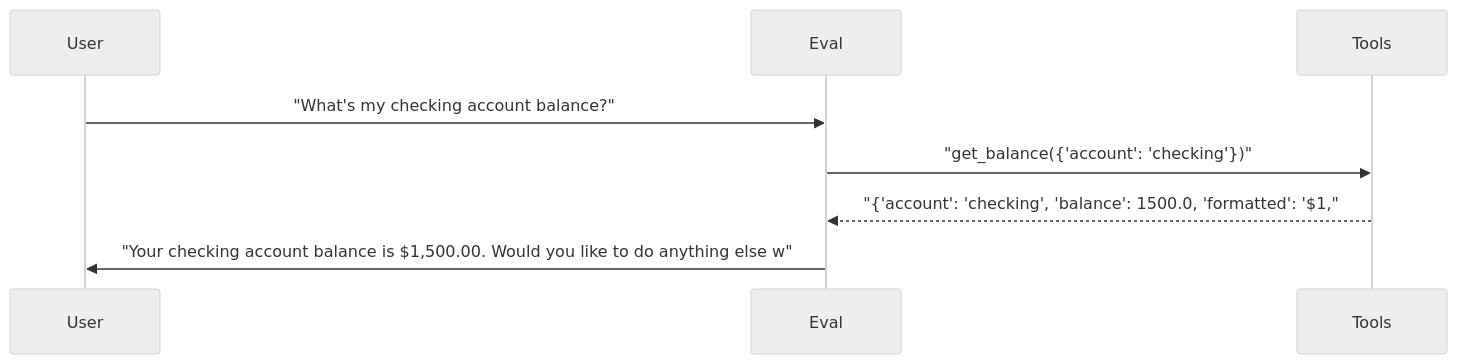
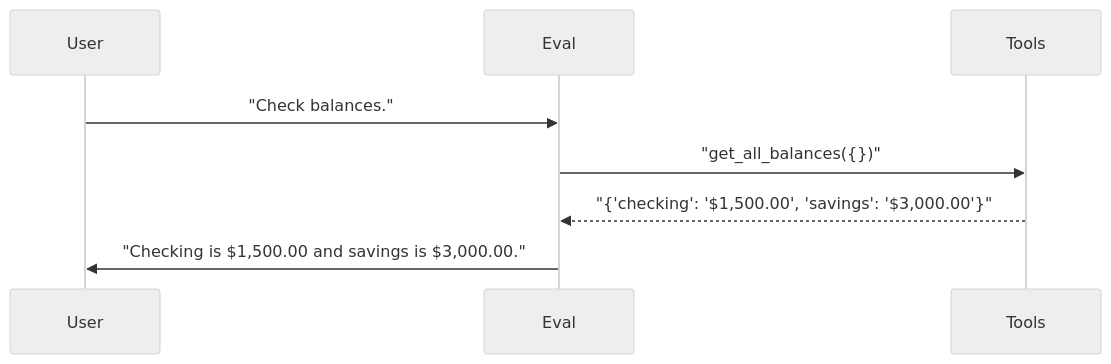
Before and after one commit to sbroenne/pytest-skill-engineering: the first of 3 diagrams in docs/reports/02_multi_agent.md, drawn with Mermaid (neutral theme). The commit also changed other lines of this file and 137 other files, not shown here.

````diff
--- a/docs/reports/02_multi_agent.md
+++ b/docs/reports/02_multi_agent.md
@@ -142,11 +60,11 @@
 ```mermaid
 sequenceDiagram
     participant User
     participant Eval
     participant Tools
 
-    User->>Eval: "What's my checking account balance?"
-    Eval->>Tools: "get_balance({'account': 'checking'})"
-    Tools-->>Eval: "{'account': 'checking', 'balance': 1500.0, 'formatted': '$1,"
-    Eval->>User: "Your checking account balance is $1,500.00. Would you like to do anything else w"
+    User->>Eval: "Check balances."
+    Eval->>Tools: "get_all_balances({})"
+    Tools-->>Eval: "{'checking': '$1,500.00', 'savings': '$3,000.00'}"
+    Eval->>User: "Checking is $1,500.00 and savings is $3,000.00."
 ```
````
